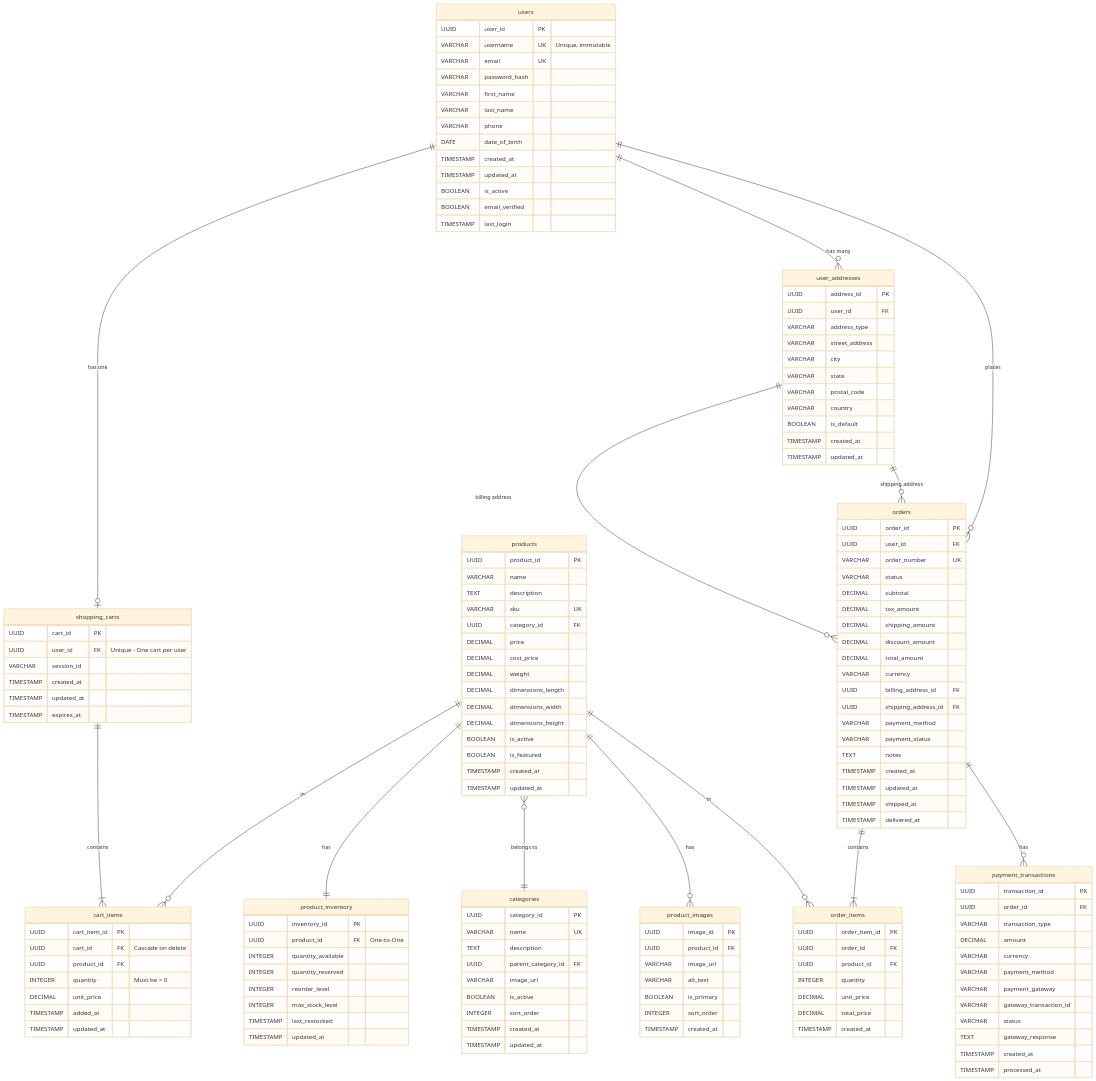
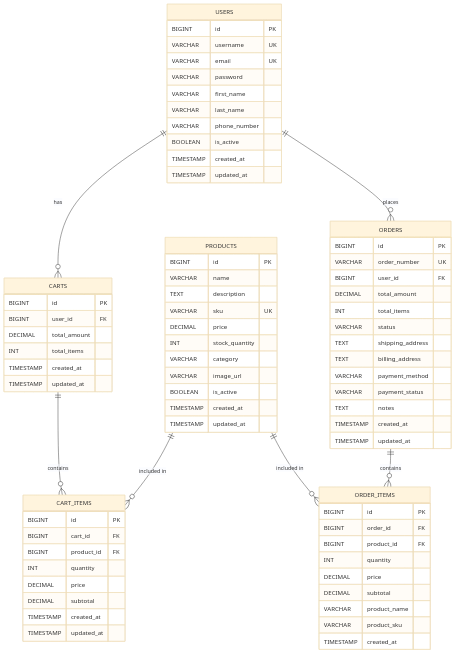
The diagram in docs/er_diagram.mmd (NavneetBN47/ecommerce), drawn with Mermaid (base theme) before and after one commit. The commit also changed 43 other files, not shown here.

````diff
--- a/docs/er_diagram.mmd
+++ b/docs/er_diagram.mmd
@@ -1,163 +1,82 @@
-```mermaid
 erDiagram
-    users ||--o| shopping_carts : "has one"
-    users ||--o{ user_addresses : "has many"
-    shopping_carts ||--|{ cart_items : "contains"
-    products ||--o{ cart_items : "in"
-    products ||--|| product_inventory : "has"
-    products }o--|| categories : "belongs to"
-    products ||--o{ product_images : "has"
-    users ||--o{ orders : "places"
-    orders ||--|{ order_items : "contains"
-    products ||--o{ order_items : "in"
-    orders ||--o{ payment_transactions : "has"
-    user_addresses ||--o{ orders : "billing address"
-    user_addresses ||--o{ orders : "shipping address"
+    USERS ||--o{ CARTS : has
+    USERS ||--o{ ORDERS : places
+    CARTS ||--o{ CART_ITEMS : contains
+    PRODUCTS ||--o{ CART_ITEMS : "included in"
+    PRODUCTS ||--o{ ORDER_ITEMS : "included in"
+    ORDERS ||--o{ ORDER_ITEMS : contains
 
-    users {
-        UUID user_id PK
-        VARCHAR username UK "Unique, immutable"
+    USERS {
+        BIGINT id PK
+        VARCHAR username UK
         VARCHAR email UK
-        VARCHAR password_hash
+        VARCHAR password
         VARCHAR first_name
         VARCHAR last_name
-        VARCHAR phone
-        DATE date_of_birth
-        TIMESTAMP created_at
-        TIMESTAMP updated_at
+        VARCHAR phone_number
         BOOLEAN is_active
-        BOOLEAN email_verified
-        TIMESTAMP last_login
-    }
-
-    user_addresses {
-        UUID address_id PK
-        UUID user_id FK
-        VARCHAR address_type
-        VARCHAR street_address
-        VARCHAR city
-        VARCHAR state
-        VARCHAR postal_code
-        VARCHAR country
-        BOOLEAN is_default
         TIMESTAMP created_at
         TIMESTAMP updated_at
     }
 
-    categories {
-        UUID category_id PK
-        VARCHAR name UK
+    PRODUCTS {
+        BIGINT id PK
+        VARCHAR name
         TEXT description
-        UUID parent_category_id FK
+        VARCHAR sku UK
+        DECIMAL price
+        INT stock_quantity
+        VARCHAR category
         VARCHAR image_url
         BOOLEAN is_active
-        INTEGER sort_order
         TIMESTAMP created_at
         TIMESTAMP updated_at
     }
 
-    products {
-        UUID product_id PK
-        VARCHAR name
-        TEXT description
-        VARCHAR sku UK
-        UUID category_id FK
-        DECIMAL price
-        DECIMAL cost_price
-        DECIMAL weight
-        DECIMAL dimensions_length
-        DECIMAL dimensions_width
-        DECIMAL dimensions_height
-        BOOLEAN is_active
-        BOOLEAN is_featured
+    CARTS {
+        BIGINT id PK
+        BIGINT user_id FK
+        DECIMAL total_amount
+        INT total_items
         TIMESTAMP created_at
         TIMESTAMP updated_at
     }
 
-    product_inventory {
-        UUID inventory_id PK
-        UUID product_id FK "One-to-One"
-        INTEGER quantity_available
-        INTEGER quantity_reserved
-        INTEGER reorder_level
-        INTEGER max_stock_level
-        TIMESTAMP last_restocked
+    CART_ITEMS {
+        BIGINT id PK
+        BIGINT cart_id FK
+        BIGINT product_id FK
+        INT quantity
+        DECIMAL price
+        DECIMAL subtotal
+        TIMESTAMP created_at
         TIMESTAMP updated_at
     }
 
-    product_images {
-        UUID image_id PK
-        UUID product_id FK
-        VARCHAR image_url
-        VARCHAR alt_text
-        BOOLEAN is_primary
-        INTEGER sort_order
-        TIMESTAMP created_at
-    }
-
-    shopping_carts {
-        UUID cart_id PK
-        UUID user_id FK "Unique - One cart per user"
-        VARCHAR session_id
-        TIMESTAMP created_at
-        TIMESTAMP updated_at
-        TIMESTAMP expires_at
-    }
-
-    cart_items {
-        UUID cart_item_id PK
-        UUID cart_id FK "Cascade on delete"
-        UUID product_id FK
-        INTEGER quantity "Must be > 0"
-        DECIMAL unit_price
-        TIMESTAMP added_at
-        TIMESTAMP updated_at
-    }
-
-    orders {
-        UUID order_id PK
-        UUID user_id FK
+    ORDERS {
+        BIGINT id PK
         VARCHAR order_number UK
+        BIGINT user_id FK
+        DECIMAL total_amount
+        INT total_items
         VARCHAR status
-        DECIMAL subtotal
-        DECIMAL tax_amount
-        DECIMAL shipping_amount
-        DECIMAL discount_amount
-        DECIMAL total_amount
-        VARCHAR currency
-        UUID billing_address_id FK
-        UUID shipping_address_id FK
+        TEXT shipping_address
+        TEXT billing_address
         VARCHAR payment_method
         VARCHAR payment_status
         TEXT notes
         TIMESTAMP created_at
         TIMESTAMP updated_at
-        TIMESTAMP shipped_at
-        TIMESTAMP delivered_at
     }
 
-    order_items {
-        UUID order_item_id PK
-        UUID order_id FK
-        UUID product_id FK
-        INTEGER quantity
-        DECIMAL unit_price
-        DECIMAL total_price
+    ORDER_ITEMS {
+        BIGINT id PK
+        BIGINT order_id FK
+        BIGINT product_id FK
+        INT quantity
+        DECIMAL price
+        DECIMAL subtotal
+        VARCHAR product_name
+        VARCHAR product_sku
         TIMESTAMP created_at
     }
-
-    payment_transactions {
-        UUID transaction_id PK
-        UUID order_id FK
-        VARCHAR transaction_type
-        DECIMAL amount
-        VARCHAR currency
-        VARCHAR payment_method
-        VARCHAR payment_gateway
-        VARCHAR gateway_transaction_id
-        VARCHAR status
-        TEXT gateway_response
-        TIMESTAMP created_at
-        TIMESTAMP processed_at
-    }
-```
````
